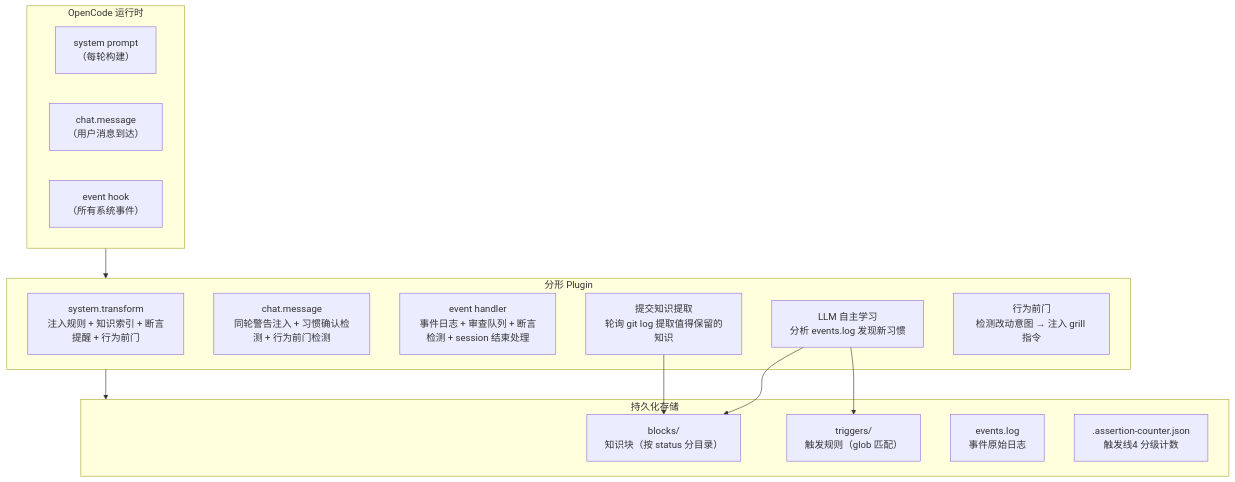
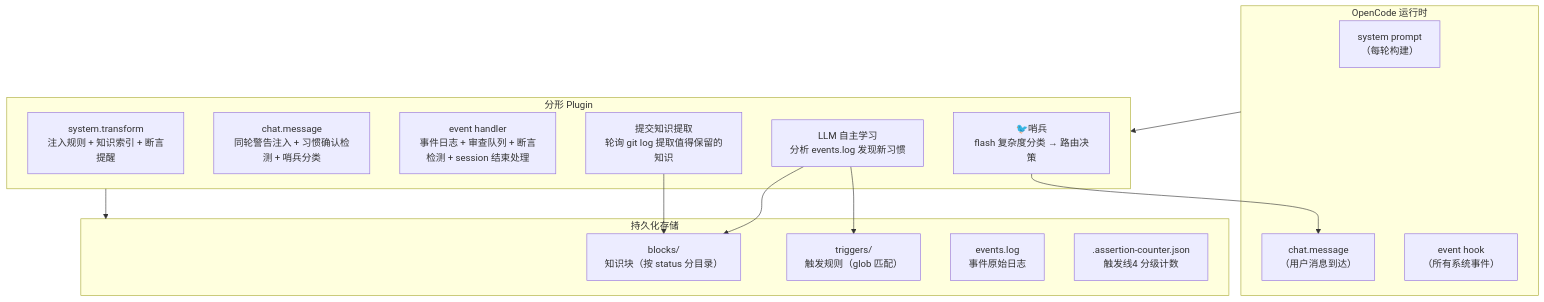
The first of 14 diagrams in 分形/机制说明.md (Max-Null/oc-plus), drawn with Mermaid before and after one commit. The commit also changed other lines of this file and 5 other files, not shown here.

````diff
--- a/分形/机制说明.md
+++ b/分形/机制说明.md
@@ -16,30 +20,31 @@
 ```mermaid
 flowchart TB
     subgraph OC["OpenCode 运行时"]
         SP["system prompt<br/>（每轮构建）"]
         CM["chat.message<br/>（用户消息到达）"]
         EV["event hook<br/>（所有系统事件）"]
     end
 
     subgraph Fractal["分形 Plugin"]
-        ST["system.transform<br/>注入规则 + 知识索引 + 断言提醒 + 行为前门"]
-        WARN["chat.message<br/>同轮警告注入 + 习惯确认检测 + 行为前门检测"]
+        ST["system.transform<br/>注入规则 + 知识索引 + 断言提醒"]
+        WARN["chat.message<br/>同轮警告注入 + 习惯确认检测 + 哨兵分类"]
         EVT["event handler<br/>事件日志 + 审查队列 + 断言检测 + session 结束处理"]
         ANALYZE["LLM 自主学习<br/>分析 events.log 发现新习惯"]
         COMMIT["提交知识提取<br/>轮询 git log 提取值得保留的知识"]
-        GATE["行为前门<br/>检测改动意图 → 注入 grill 指令"]
+        SV["🐦哨兵<br/>flash 复杂度分类 → 路由决策"]
     end
 
     subgraph Storage["持久化存储"]
         BLOCKS["blocks/<br/>知识块（按 status 分目录）"]
         TRIGGERS["triggers/<br/>触发规则（glob 匹配）"]
         EVENTS["events.log<br/>事件原始日志"]
         COUNTER[".assertion-counter.json<br/>触发线4 分级计数"]
     end
 
     OC --> Fractal
     Fractal --> Storage
+    SV --> CM
     ANALYZE --> BLOCKS
     ANALYZE --> TRIGGERS
     COMMIT --> BLOCKS
 ```
````
